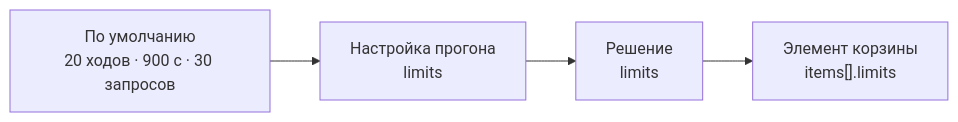
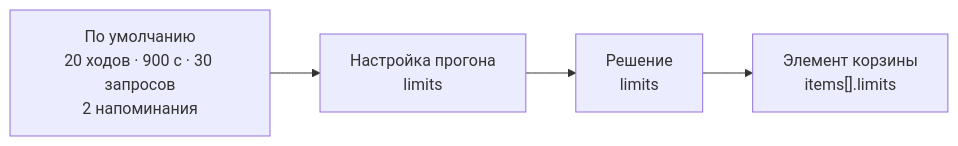
Before and after one commit to Arrogant-zz/cg: the second of 2 diagrams in docs/guide/solutions.md, drawn with Mermaid. The commit also changed other lines of this file and 37 other files, not shown here.

````diff
--- a/docs/guide/solutions.md
+++ b/docs/guide/solutions.md
@@ -129,4 +156,4 @@
 ```mermaid
 flowchart LR
-  d["По умолчанию<br/>20 ходов · 900 с · 30 запросов"] --> r["Настройка прогона<br/>limits"] --> s["Решение<br/>limits"] --> i["Элемент корзины<br/>items[].limits"]
+  d["По умолчанию<br/>20 ходов · 900 с · 30 запросов<br/>2 напоминания"] --> r["Настройка прогона<br/>limits"] --> s["Решение<br/>limits"] --> i["Элемент корзины<br/>items[].limits"]
 ```
````
